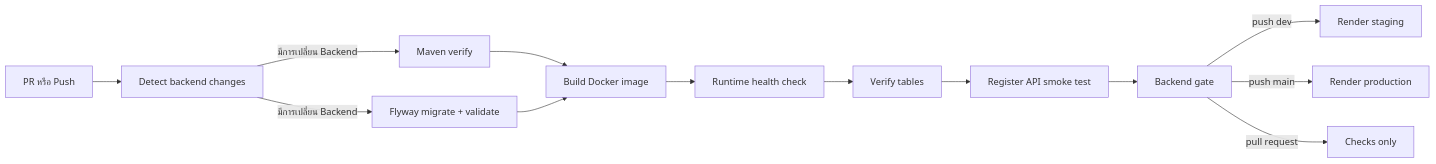
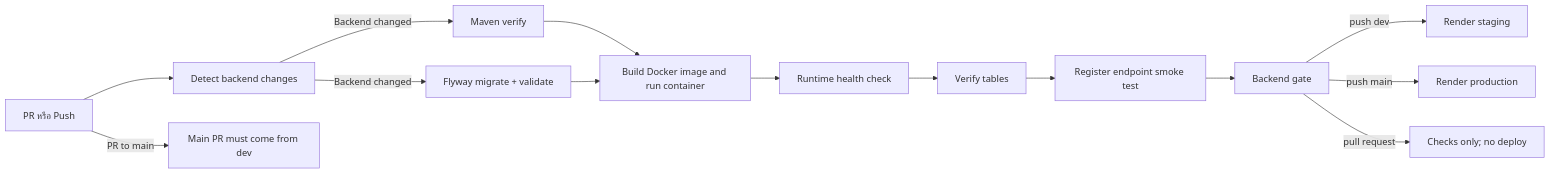
Before and after one commit to lillianxhub/freelance-hub: the first of 2 diagrams in doc/V1/CICD/petpinyo-cicd.md, drawn with Mermaid. The commit also changed other lines of this file and 4 other files, not shown here.

````diff
--- a/doc/V1/CICD/petpinyo-cicd.md
+++ b/doc/V1/CICD/petpinyo-cicd.md
@@ -24,15 +24,16 @@
 ```mermaid
 flowchart LR
     A[PR หรือ Push] --> B[Detect backend changes]
-    B -->|มีการเปลี่ยน Backend| C[Maven verify]
-    B -->|มีการเปลี่ยน Backend| D[Flyway migrate + validate]
-    C --> E[Build Docker image]
+    B -->|Backend changed| C[Maven verify]
+    B -->|Backend changed| D[Flyway migrate + validate]
+    C --> E[Build Docker image and run container]
     D --> E
     E --> F[Runtime health check]
     F --> G[Verify tables]
-    G --> H[Register API smoke test]
+    G --> H[Register endpoint smoke test]
     H --> I[Backend gate]
     I -->|push dev| J[Render staging]
     I -->|push main| K[Render production]
-    I -->|pull request| L[Checks only]
+    A -->|PR to main| M[Main PR must come from dev]
+    I -->|pull request| L[Checks only; no deploy]
 ```
````
